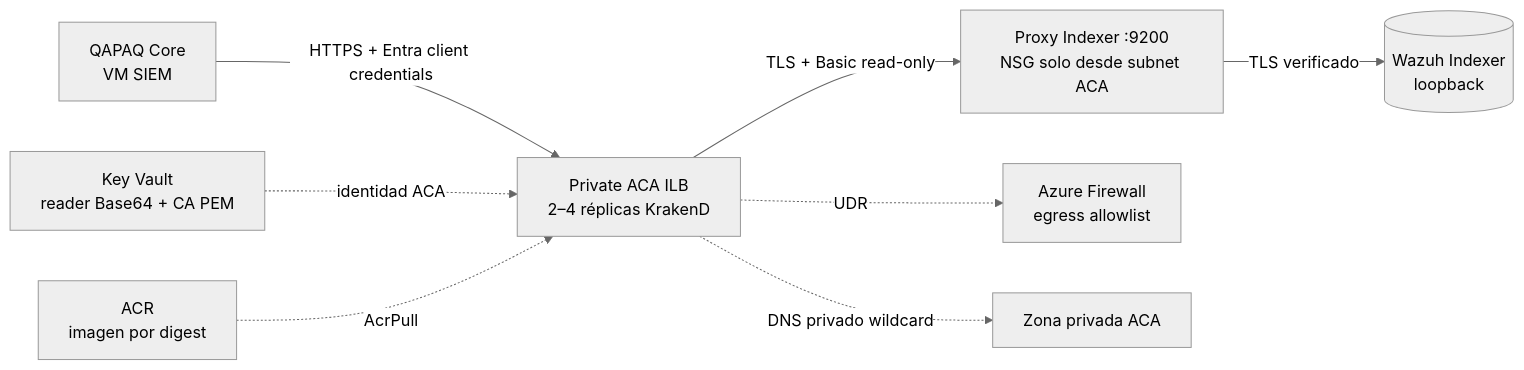
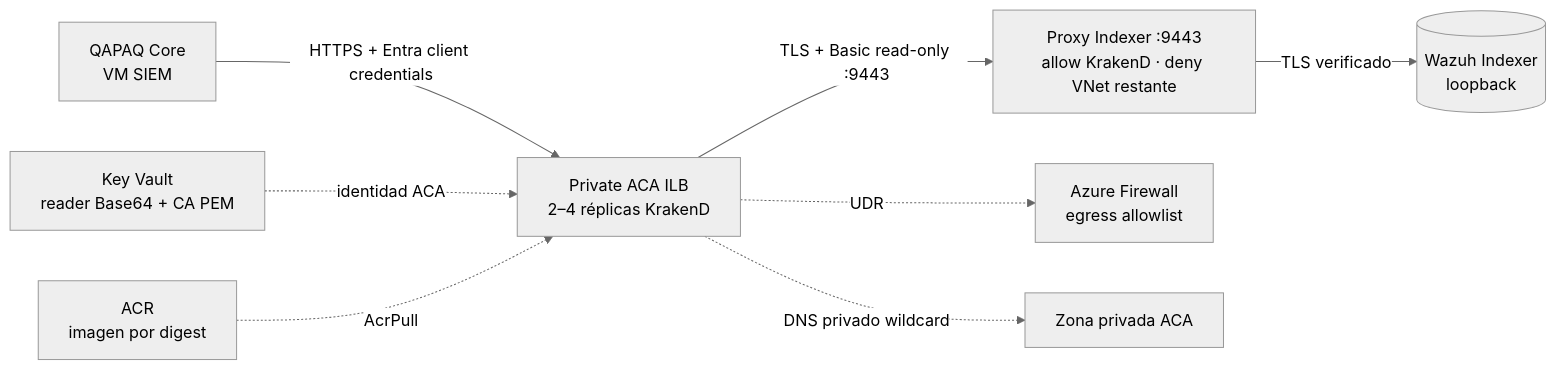
One commit to CyberStill-GmbH/qapaq-secops changed the diagram in docs/cloud/azure/krakend-private-gateway.md. Above: the diagram before and after it, drawn with Mermaid (neutral theme). The commit also changed other lines of this file and 30 other files, not shown here.

Commit message:
feat(azure): provision private Indexer read proxy

````diff
--- a/docs/cloud/azure/krakend-private-gateway.md
+++ b/docs/cloud/azure/krakend-private-gateway.md
@@ -7,10 +7,10 @@
 ```mermaid
 flowchart LR
   Core[QAPAQ Core<br/>VM SIEM] -->|HTTPS + Entra client credentials| ACA[Private ACA ILB<br/>2–4 réplicas KrakenD]
-  ACA -->|TLS + Basic read-only| Nginx[Proxy Indexer :9200<br/>NSG solo desde subnet ACA]
+  ACA -->|TLS + Basic read-only :9443| Nginx[Proxy Indexer :9443<br/>allow KrakenD · deny VNet restante]
   Nginx -->|TLS verificado| Indexer[(Wazuh Indexer<br/>loopback)]
   KV[Key Vault<br/>reader Base64 + CA PEM] -. identidad ACA .-> ACA
   ACR[ACR<br/>imagen por digest] -. AcrPull .-> ACA
   ACA -. UDR .-> FW[Azure Firewall<br/>egress allowlist]
   ACA -. DNS privado wildcard .-> DNS[Zona privada ACA]
 ```
````
